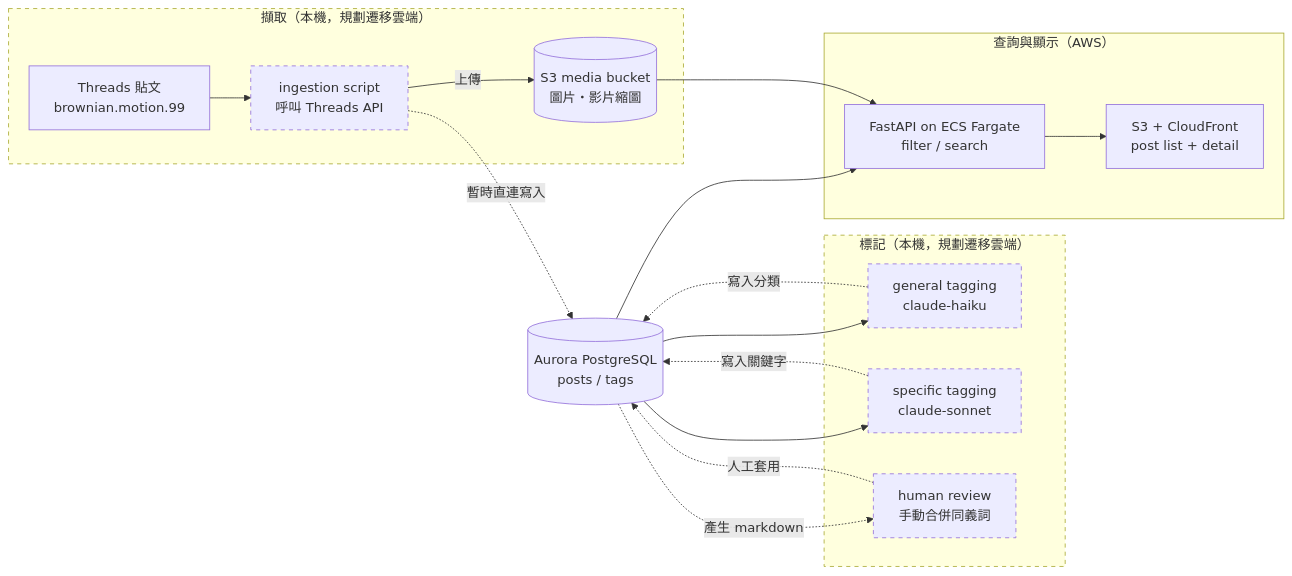
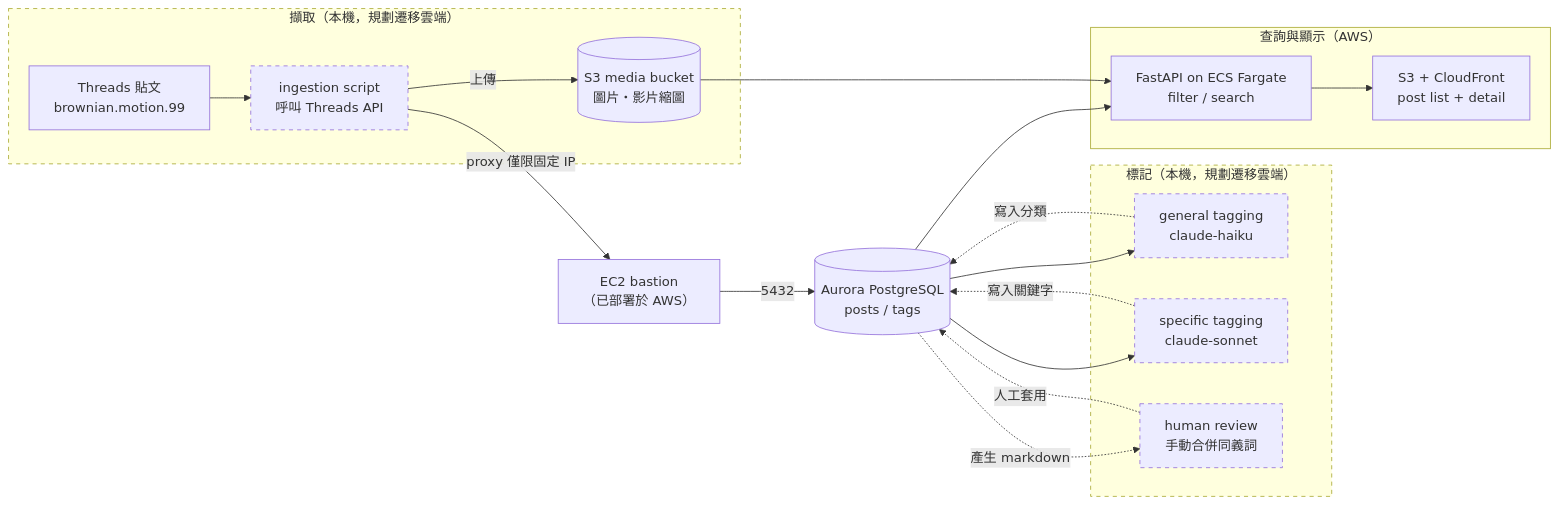
Before and after one commit to Brownian-Motion-99/threads-backup: the second of 3 diagrams in README.md, drawn with Mermaid. The commit also changed other lines of this file and 5 other files, not shown here.

````diff
--- a/README.md
+++ b/README.md
@@ -72,37 +74,39 @@
 ```mermaid
 flowchart LR
     subgraph ingest["擷取（本機，規劃遷移雲端）"]
         Threads["Threads 貼文<br/>brownian.motion.99"]
         Ingest["ingestion script<br/>呼叫 Threads API"]
         Media[("S3 media bucket<br/>圖片・影片縮圖")]
     end
 
     subgraph tag["標記（本機，規劃遷移雲端）"]
         Haiku["general tagging<br/>claude-haiku"]
         Sonnet["specific tagging<br/>claude-sonnet"]
         Review["human review<br/>手動合併同義詞"]
     end
 
+    Bastion["EC2 bastion<br/>（已部署於 AWS）"]
     DB[("Aurora PostgreSQL<br/>posts / tags")]
 
     subgraph serve["查詢與顯示（AWS）"]
         API["FastAPI on ECS Fargate<br/>filter / search"]
         Frontend["S3 + CloudFront<br/>post list + detail"]
     end
 
     Threads --> Ingest
-    Ingest -.->|暫時直連寫入| DB
+    Ingest -->|proxy 僅限固定 IP| Bastion
+    Bastion -->|5432| DB
     Ingest -->|上傳| Media
     DB --> Haiku
     Haiku -.->|寫入分類| DB
     DB --> Sonnet
     Sonnet -.->|寫入關鍵字| DB
     DB -.->|產生 markdown| Review
     Review -.->|人工套用| DB
     DB --> API
     Media --> API
     API --> Frontend
 
     classDef planned stroke-dasharray: 5 5
     class ingest,tag,Ingest,Haiku,Sonnet,Review planned
 ```
````
